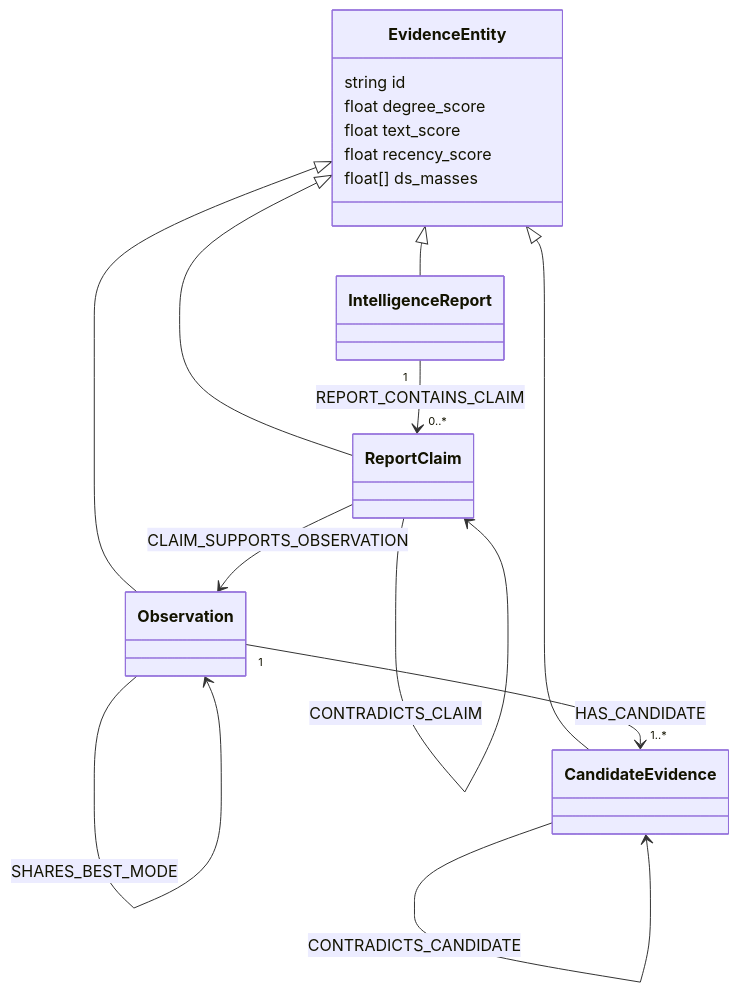
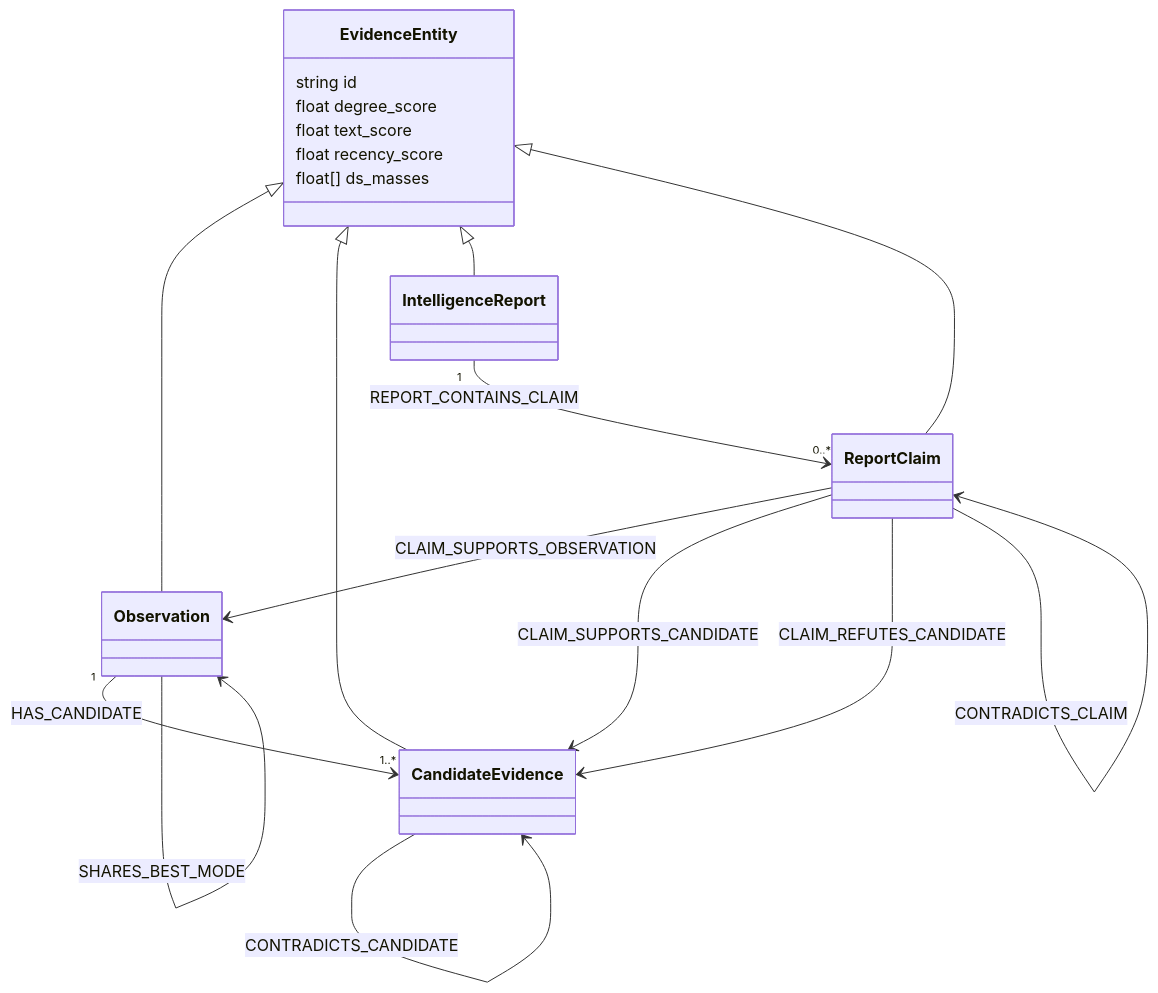
The first of 2 diagrams in docs/evidence_graph_ontology.md (Rejn2024/r-GCN_fusion), drawn with Mermaid before and after one commit. The commit also changed other lines of this file and 4 other files, not shown here.

````diff
--- a/docs/evidence_graph_ontology.md
+++ b/docs/evidence_graph_ontology.md
@@ -15,29 +15,31 @@
 ```mermaid
 classDiagram
     class EvidenceEntity {
       string id
       float degree_score
       float text_score
       float recency_score
       float[] ds_masses
     }
     class Observation
     class CandidateEvidence
     class IntelligenceReport
     class ReportClaim
 
     EvidenceEntity <|-- Observation
     EvidenceEntity <|-- CandidateEvidence
     EvidenceEntity <|-- IntelligenceReport
     EvidenceEntity <|-- ReportClaim
 
     Observation "1" --> "1..*" CandidateEvidence : HAS_CANDIDATE
     Observation --> Observation : next_observation
     Observation --> Observation : prev_observation
     Observation --> Observation : same_emitter
     CandidateEvidence --> CandidateEvidence : CONTRADICTS_CANDIDATE
     Observation --> Observation : SHARES_BEST_MODE
     IntelligenceReport "1" --> "0..*" ReportClaim : REPORT_CONTAINS_CLAIM
     ReportClaim --> Observation : CLAIM_SUPPORTS_OBSERVATION
+    ReportClaim --> CandidateEvidence : CLAIM_SUPPORTS_CANDIDATE
+    ReportClaim --> CandidateEvidence : CLAIM_REFUTES_CANDIDATE
     ReportClaim --> ReportClaim : CONTRADICTS_CLAIM
 ```
````
